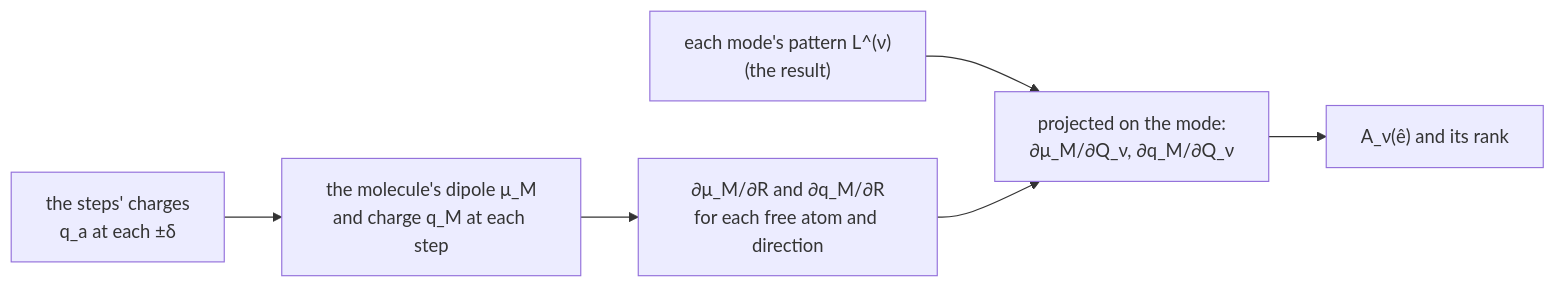
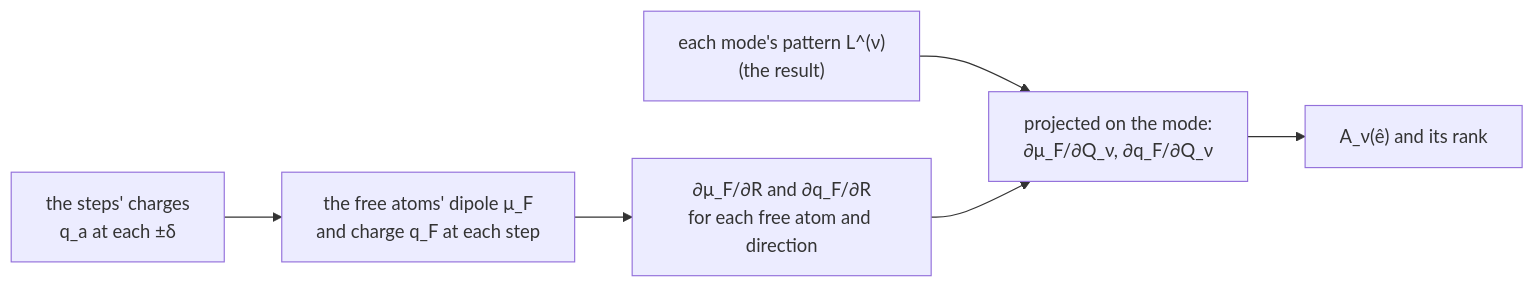
The third of 3 diagrams in docs/science/vibrational-optical-response.md (Qing-LAB/molbuilder), drawn with Mermaid before and after one commit. The commit also changed other lines of this file and 25 other files, not shown here.

````diff
--- a/docs/science/vibrational-optical-response.md
+++ b/docs/science/vibrational-optical-response.md
@@ -317,8 +315,8 @@
 ```mermaid
 flowchart LR
-    S["the steps' charges<br/>q_a at each ±δ"] --> MU["the molecule's dipole μ_M<br/>and charge q_M at each step"]
-    MU --> D["∂μ_M/∂R and ∂q_M/∂R<br/>for each free atom and direction"]
+    S["the steps' charges<br/>q_a at each ±δ"] --> MU["the free atoms' dipole μ_F<br/>and charge q_F at each step"]
+    MU --> D["∂μ_F/∂R and ∂q_F/∂R<br/>for each free atom and direction"]
     L["each mode's pattern L^(ν)<br/>(the result)"] --> P
-    D --> P["projected on the mode:<br/>∂μ_M/∂Q_ν, ∂q_M/∂Q_ν"]
+    D --> P["projected on the mode:<br/>∂μ_F/∂Q_ν, ∂q_F/∂Q_ν"]
     P --> A["A_ν(ê) and its rank"]
 ```
````
